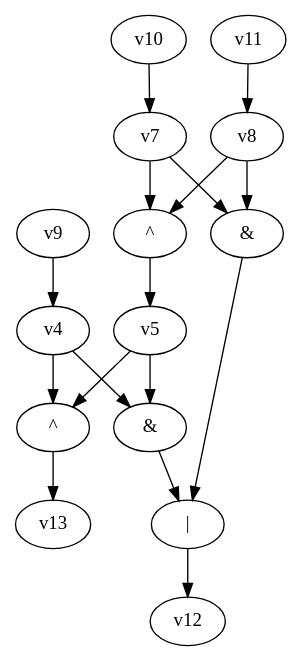
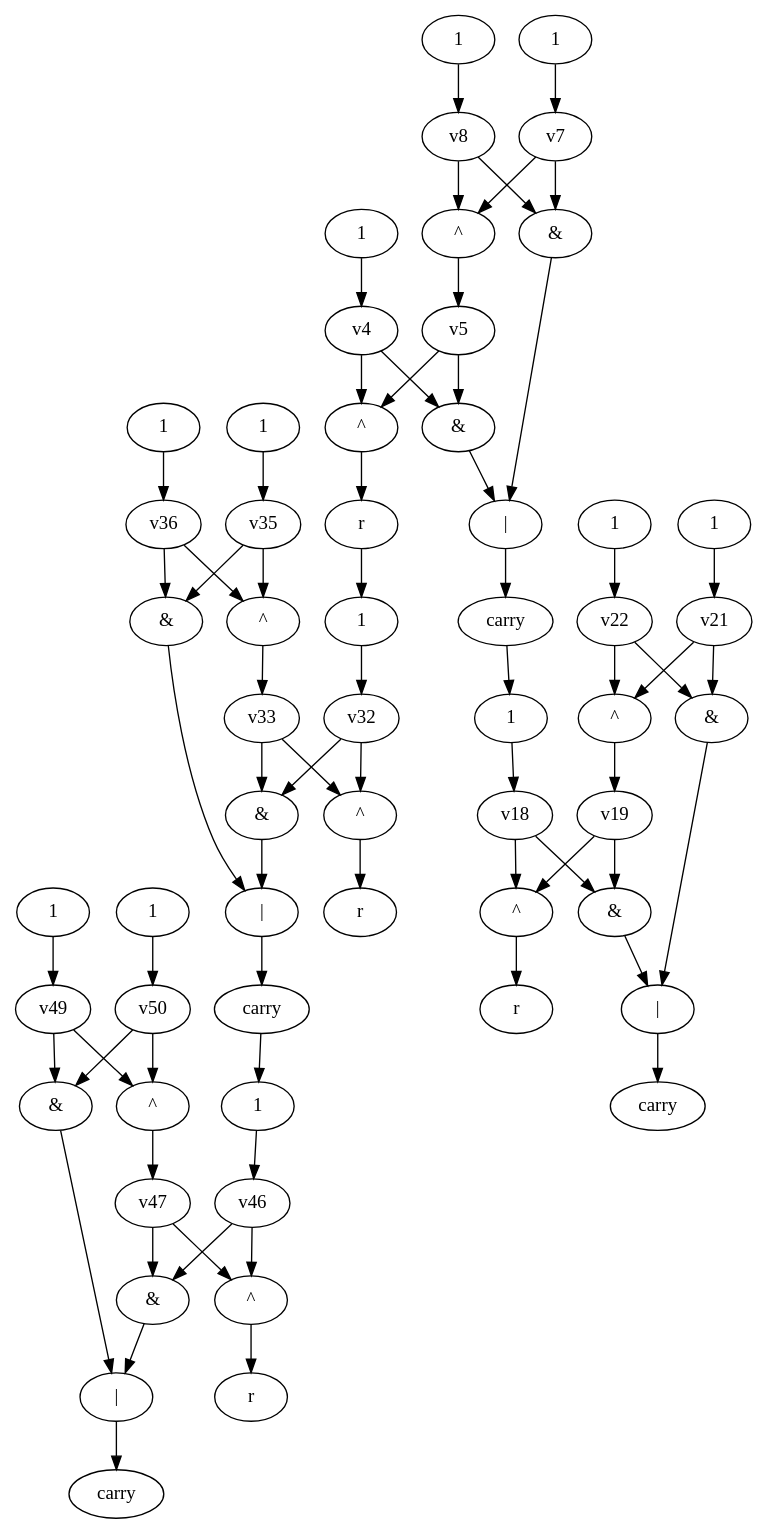
The diagram in dot_files/testAdder.dot (yadej/graph_project), drawn with Graphviz before and after one commit. The commit also changed 3 other files, not shown here.

```diff
--- a/dot_files/testAdder.dot
+++ b/dot_files/testAdder.dot
@@ -1,23 +1,106 @@
 digraph G { 
+v42 [label="|"]; 
+v43 [label="&"]; 
+v44 [label="&"]; 
+v45 [label="^"]; 
+v48 [label="^"]; 
+v51 [label="1"]; 
+v52 [label="1"]; 
+v53 [label="1"]; 
+v54 [label="carry"]; 
+v55 [label="r"]; 
+v28 [label="|"]; 
+v29 [label="&"]; 
+v30 [label="&"]; 
+v31 [label="^"]; 
+v34 [label="^"]; 
+v37 [label="1"]; 
+v38 [label="1"]; 
+v39 [label="1"]; 
+v40 [label="carry"]; 
+v41 [label="r"]; 
+v14 [label="|"]; 
+v15 [label="&"]; 
+v16 [label="&"]; 
+v17 [label="^"]; 
+v20 [label="^"]; 
+v23 [label="1"]; 
+v24 [label="1"]; 
+v25 [label="1"]; 
+v26 [label="carry"]; 
+v27 [label="r"]; 
 v0 [label="|"]; 
 v1 [label="&"]; 
 v2 [label="&"]; 
 v3 [label="^"]; 
 v6 [label="^"]; 
-v0 -> v12;
+v9 [label="1"]; 
+v10 [label="1"]; 
+v11 [label="1"]; 
+v12 [label="carry"]; 
+v13 [label="r"]; 
+v42 -> v54;
+v43 -> v42;
+v44 -> v42;
+v45 -> v55;
+v46 -> v45;
+v46 -> v43;
+v47 -> v45;
+v47 -> v43;
+v48 -> v47;
+v49 -> v48;
+v49 -> v44;
+v50 -> v48;
+v50 -> v44;
+v51 -> v46;
+v52 -> v49;
+v53 -> v50;
+v28 -> v40 -> v51;
+v29 -> v28;
+v30 -> v28;
+v31 -> v41;
+v32 -> v31;
+v32 -> v29;
+v33 -> v31;
+v33 -> v29;
+v34 -> v33;
+v35 -> v34;
+v35 -> v30;
+v36 -> v34;
+v36 -> v30;
+v37 -> v32;
+v38 -> v35;
+v39 -> v36;
+v14 -> v26;
+v15 -> v14;
+v16 -> v14;
+v17 -> v27;
+v18 -> v17;
+v18 -> v15;
+v19 -> v17;
+v19 -> v15;
+v20 -> v19;
+v21 -> v20;
+v21 -> v16;
+v22 -> v20;
+v22 -> v16;
+v23 -> v18;
+v24 -> v21;
+v25 -> v22;
+v0 -> v12 -> v23;
 v1 -> v0;
 v2 -> v0;
-v3 -> v13;
+v3 -> v13 -> v37;
 v4 -> v3;
 v4 -> v1;
 v5 -> v3;
 v5 -> v1;
 v6 -> v5;
 v7 -> v6;
 v7 -> v2;
 v8 -> v6;
 v8 -> v2;
 v9 -> v4;
 v10 -> v7;
 v11 -> v8;
 }
```
